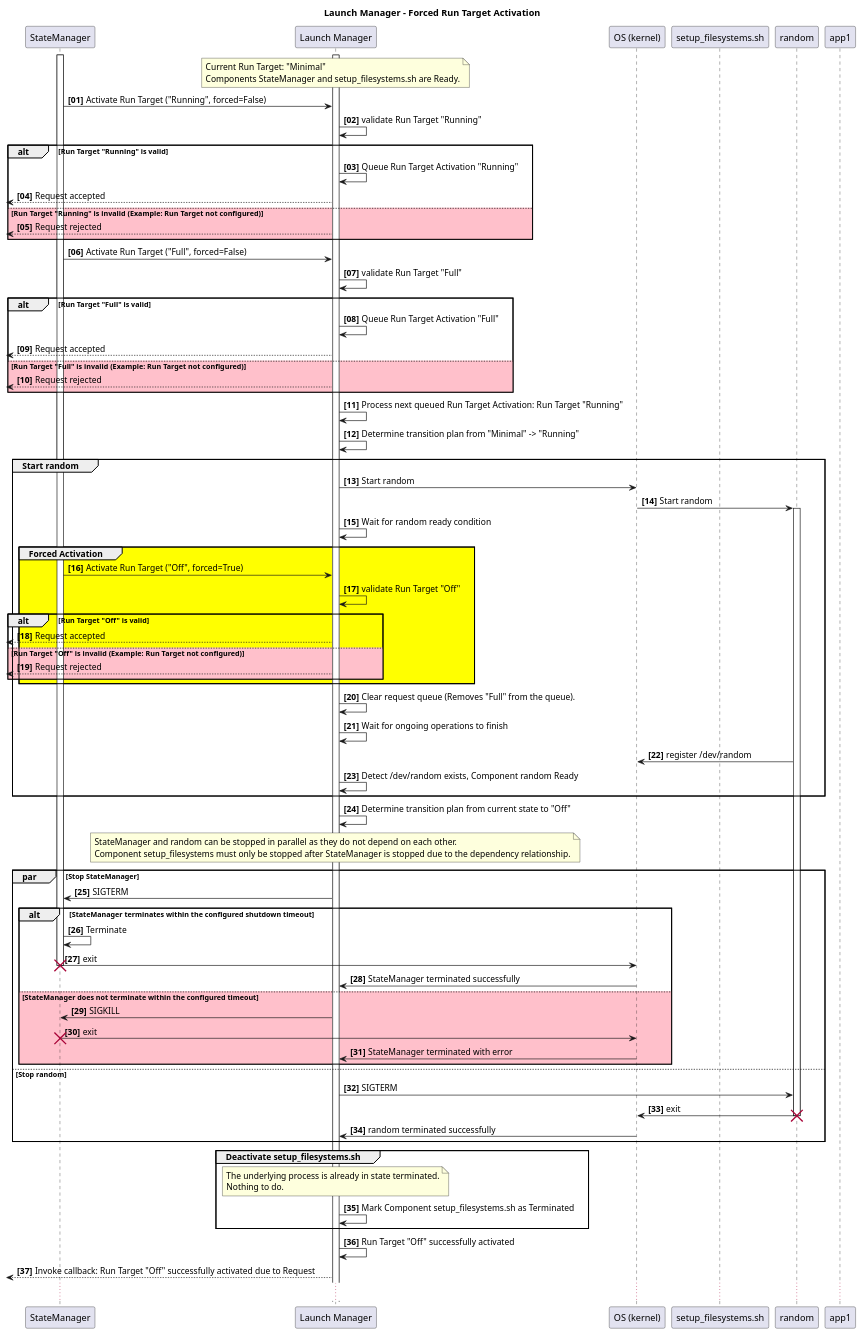
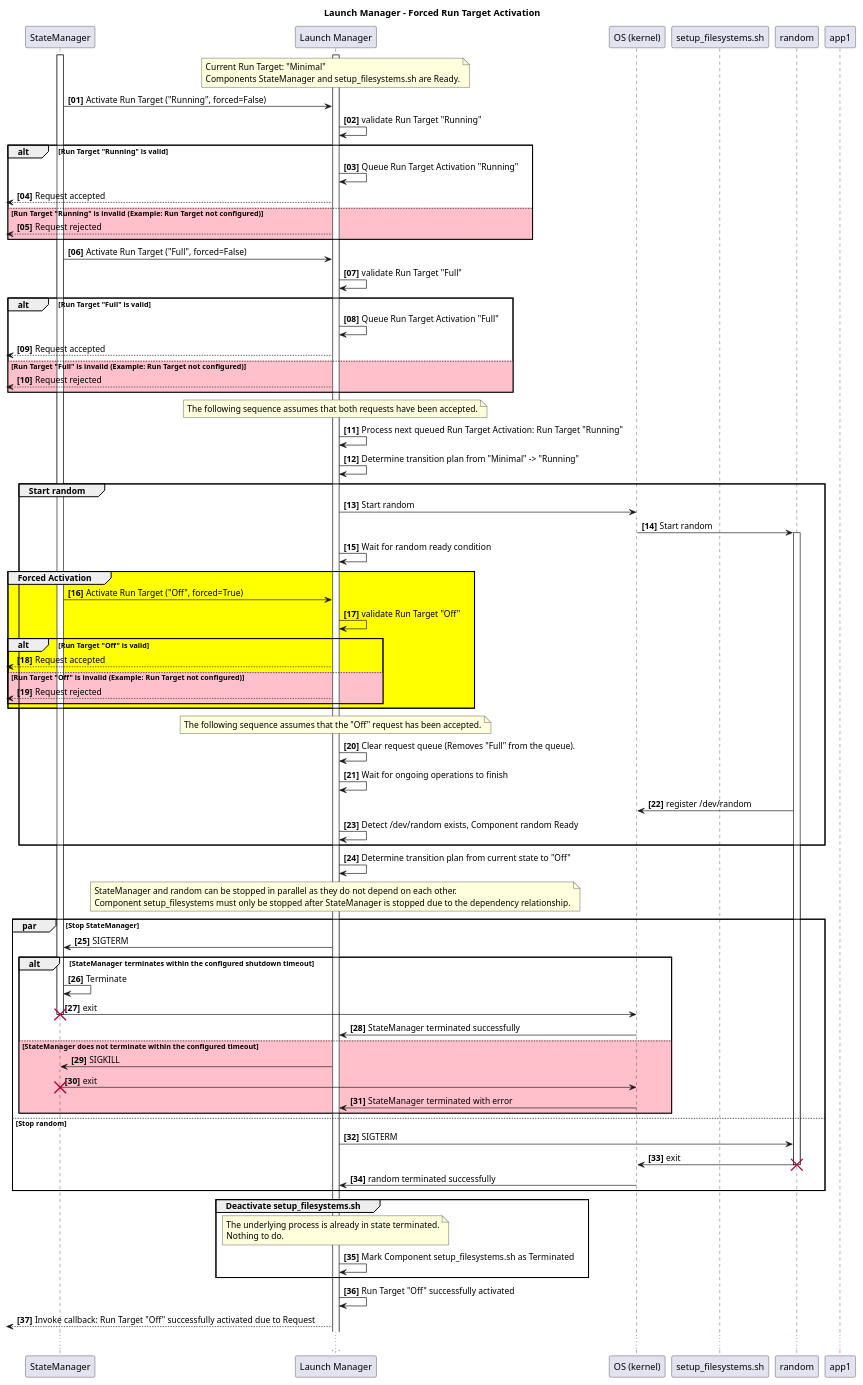
One commit to eclipse-score/lifecycle changed the diagram in docs/features/lifecycle/architecture/_assets/control_interface_forced_activation.puml. Above: the diagram before and after it, drawn with PlantUML. The commit also changed 6 other files, not shown here.

```diff
--- a/docs/features/lifecycle/architecture/_assets/control_interface_forced_activation.puml
+++ b/docs/features/lifecycle/architecture/_assets/control_interface_forced_activation.puml
@@ -14,103 +14,111 @@
 @startuml
 title Launch Manager - Forced Run Target Activation
 
 autonumber "<b>[00]"
 
 participant "StateManager" as sm
 participant "Launch Manager" as LM
 participant "OS (kernel)" as kernel
 participant "setup_filesystems.sh" as fs
 participant "random" as ran
 participant "app1" as app1
 
 activate LM
 activate sm
 
 note over LM
 Current Run Target: "Minimal"
 Components StateManager and setup_filesystems.sh are Ready.
 end note
 
 sm -> LM : Activate Run Target ("Running", forced=False)
 LM -> LM: validate Run Target "Running"
 alt #White Run Target "Running" is valid
     LM -> LM: Queue Run Target Activation "Running"
     [<-- LM: Request accepted
 else #Pink Run Target "Running" is invalid (Example: Run Target not configured)
     [<-- LM: Request rejected
 end alt
 
 sm -> LM : Activate Run Target ("Full", forced=False)
 LM -> LM: validate Run Target "Full"
 alt #White Run Target "Full" is valid
     LM -> LM: Queue Run Target Activation "Full"
     [<-- LM: Request accepted
 else #Pink Run Target "Full" is invalid (Example: Run Target not configured)
     [<-- LM: Request rejected
 end alt
 
+note over LM
+The following sequence assumes that both requests have been accepted.
+end note
+
 LM -> LM: Process next queued Run Target Activation: Run Target "Running"
 LM -> LM: Determine transition plan from "Minimal" -> "Running"
 
 group #White Start random
     LM -> kernel : Start random
     kernel -> ran ++ : Start random
     LM -> LM : Wait for random ready condition
 
     group #Yellow Forced Activation
         sm -> LM : Activate Run Target ("Off", forced=True)
         LM -> LM: validate Run Target "Off"
         alt  Run Target "Off" is valid
             [<-- LM: Request accepted
         else #Pink Run Target "Off" is invalid (Example: Run Target not configured)
             [<-- LM: Request rejected
         end alt
     end group
+
+    note over LM
+    The following sequence assumes that the "Off" request has been accepted.
+    end note
 
     LM -> LM : Clear request queue (Removes "Full" from the queue).
     LM -> LM : Wait for ongoing operations to finish
 
     ran -> kernel : register /dev/random
     LM -> LM : Detect /dev/random exists, Component random Ready
 end group
 
 LM -> LM : Determine transition plan from current state to "Off"
 
 note over LM
 StateManager and random can be stopped in parallel as they do not depend on each other.
 Component setup_filesystems must only be stopped after StateManager is stopped due to the dependency relationship.
 end note
 
 par Stop StateManager
     LM -> sm : SIGTERM
     alt StateManager terminates within the configured shutdown timeout
         sm -> sm : Terminate
         sm -> kernel : exit
         destroy sm
         kernel -> LM : StateManager terminated successfully
     else #pink StateManager does not terminate within the configured timeout
         LM -> sm : SIGKILL
         sm -> kernel : exit
         destroy sm
         kernel -> LM : StateManager terminated with error
     end alt
 else Stop random
     LM -> ran : SIGTERM
     ran -> kernel : exit
     destroy ran
     kernel -> LM : random terminated successfully
 end par
 
 group #White Deactivate setup_filesystems.sh
     note over LM
         The underlying process is already in state terminated.
         Nothing to do.
     end note
     LM -> LM : Mark Component setup_filesystems.sh as Terminated
 end group
 
 LM -> LM: Run Target "Off" successfully activated
 [<-- LM: Invoke callback: Run Target "Off" successfully activated due to Request
 
 ...
 @enduml
```
